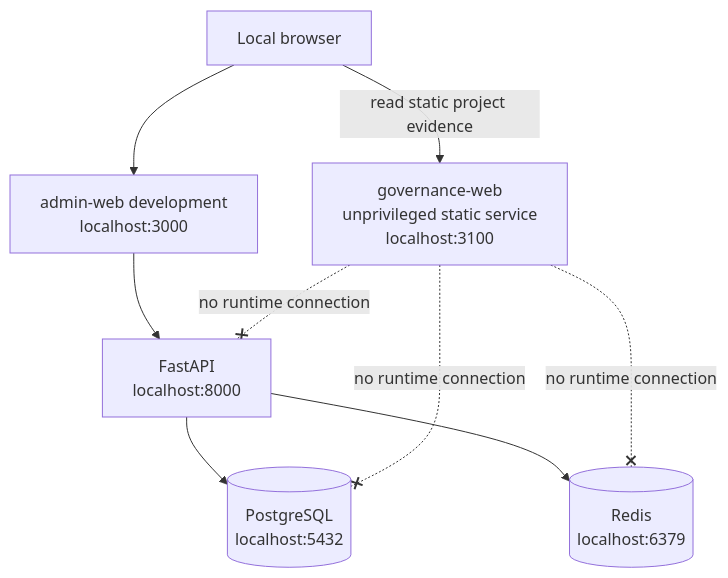
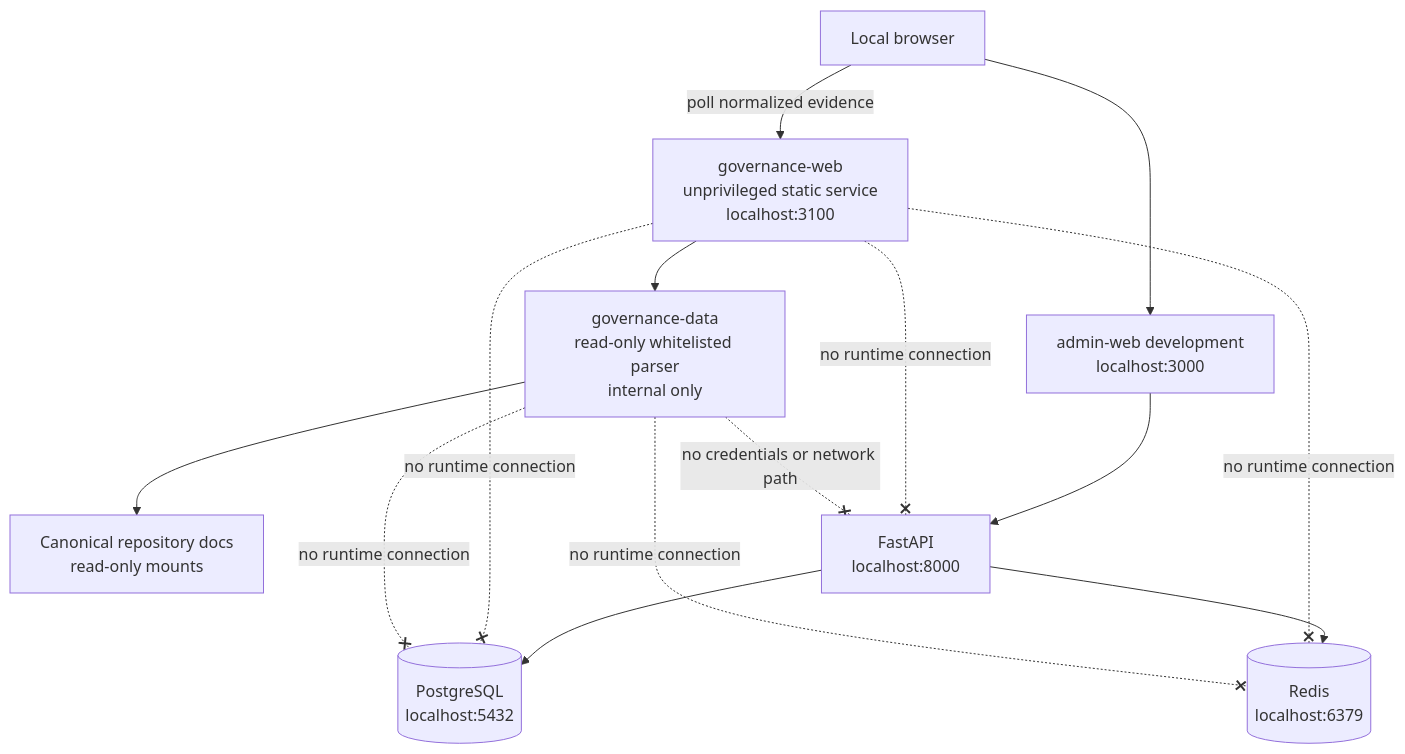
One commit to subairkprm/digital-workforce-os changed the second of 5 diagrams in docs/roadmap/GOVERNANCE_CONTROL_PLANE_PLAN.md. Above: the diagram before and after it, drawn with Mermaid. The commit also changed other lines of this file and 17 other files, not shown here.

Commit message:
feat: add live governance evidence updates

````diff
--- a/docs/roadmap/GOVERNANCE_CONTROL_PLANE_PLAN.md
+++ b/docs/roadmap/GOVERNANCE_CONTROL_PLANE_PLAN.md
@@ -61,17 +61,22 @@
 ```mermaid
 flowchart TB
     Browser[Local browser]
     Gov[governance-web\nunprivileged static service\nlocalhost:3100]
+    Evidence[governance-data\nread-only whitelisted parser\ninternal only]
+    Docs[Canonical repository docs\nread-only mounts]
     Admin[admin-web development\nlocalhost:3000]
     API[FastAPI\nlocalhost:8000]
     DB[(PostgreSQL\nlocalhost:5432)]
     Redis[(Redis\nlocalhost:6379)]
 
-    Browser -->|read static project evidence| Gov
+    Browser -->|poll normalized evidence| Gov --> Evidence --> Docs
     Browser --> Admin --> API
     API --> DB
     API --> Redis
     Gov -. no runtime connection .-x API
     Gov -. no runtime connection .-x DB
     Gov -. no runtime connection .-x Redis
+    Evidence -. no credentials or network path .-x API
+    Evidence -. no runtime connection .-x DB
+    Evidence -. no runtime connection .-x Redis
 ```
````
